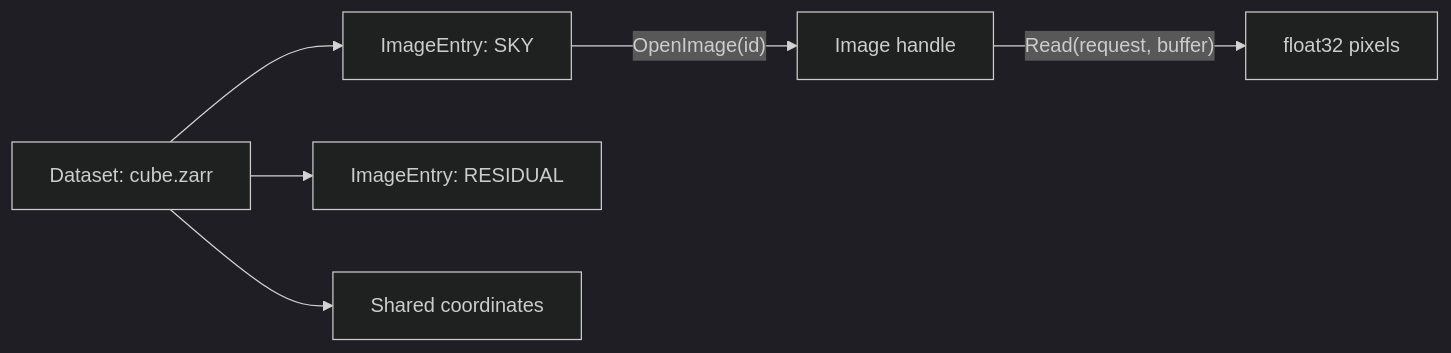
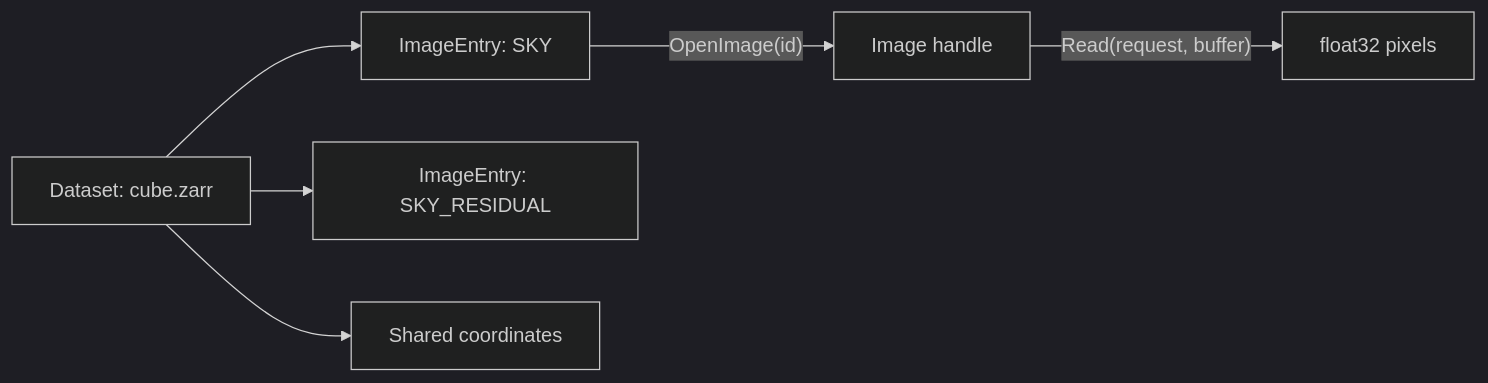
One commit to CARTAvis/carta-zarr changed the diagram in docs/concepts.md. Above: the diagram before and after it, drawn with Mermaid (dark theme). The commit also changed other lines of this file, not shown here.

Commit message:
docs: name the deconvolution mask MASK, say when it opens, and use XRADIO 1.2.5's image names (#22)

````diff
--- a/docs/concepts.md
+++ b/docs/concepts.md
@@ -9,8 +9,8 @@
 ```{mermaid}
 flowchart LR
     D["Dataset: cube.zarr"] --> S["ImageEntry: SKY"]
-    D --> R["ImageEntry: RESIDUAL"]
+    D --> R["ImageEntry: SKY_RESIDUAL"]
     D --> C["Shared coordinates"]
     S -->|"OpenImage(id)"| I["Image handle"]
     I -->|"Read(request, buffer)"| P["float32 pixels"]
 ```
````
